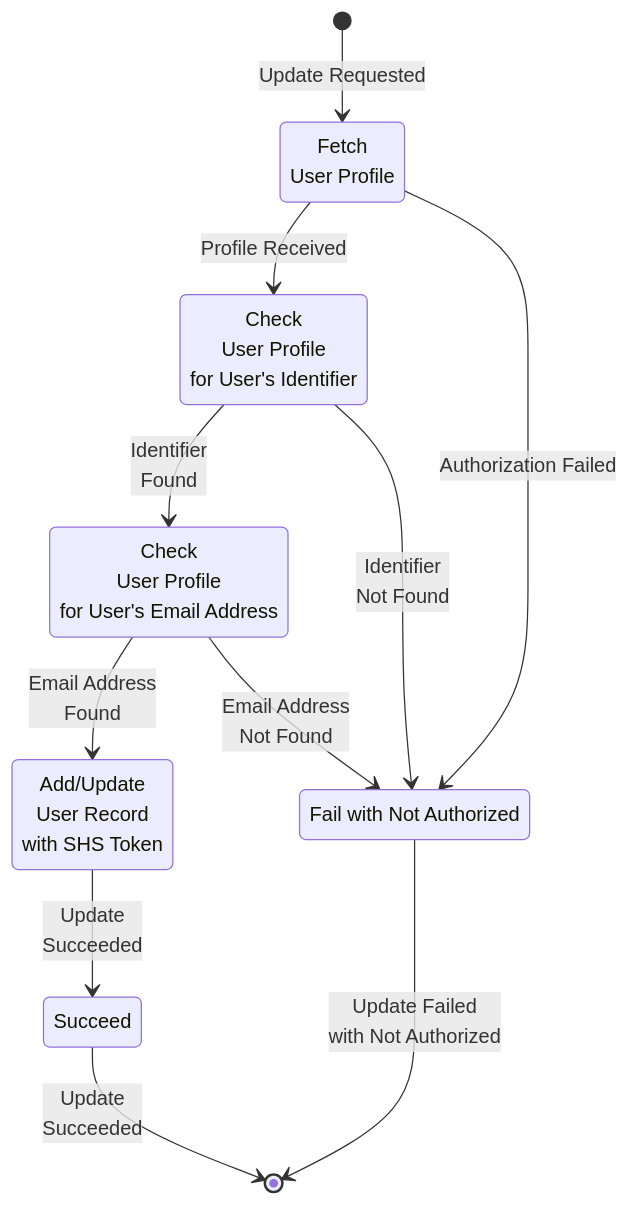
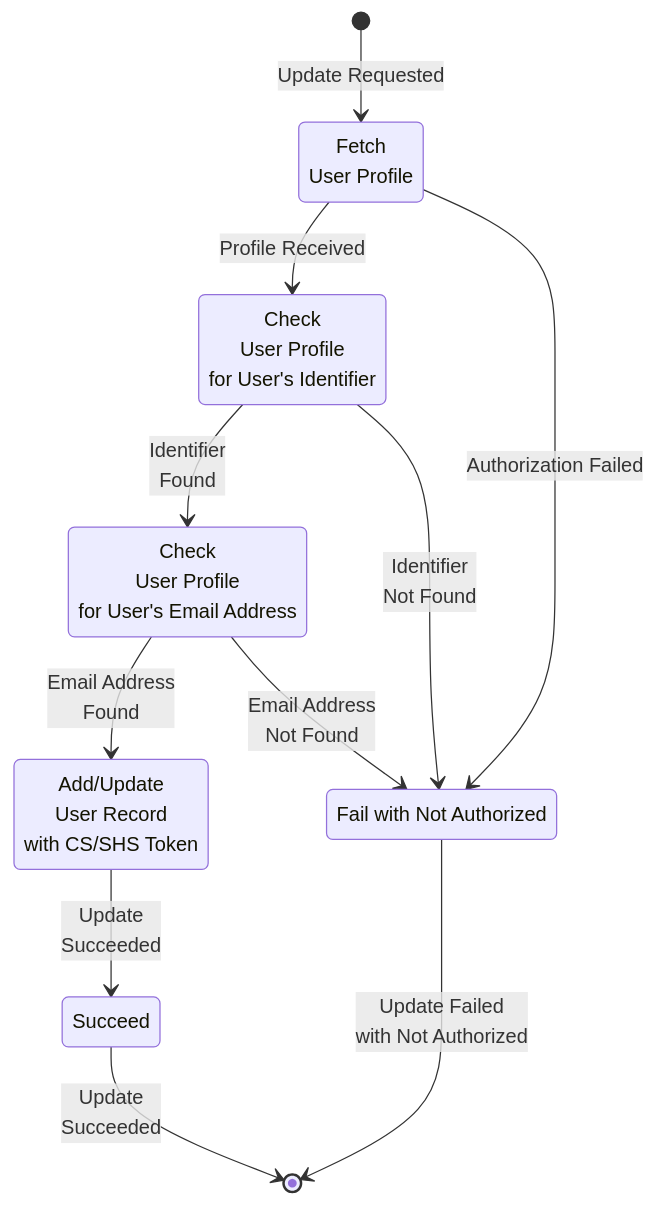
One commit to pebender/alexa-for-lg-webos-tv changed the second of 2 diagrams in docs.in/pages/design/skill.md. Above: the diagram before and after it, drawn with Mermaid. The commit also changed other lines of this file and 21 other files, not shown here.

Commit message:
Change skill to track user with user id rather than user email.

````diff
--- a/docs.in/pages/design/skill.md
+++ b/docs.in/pages/design/skill.md
@@ -137,22 +121,22 @@
 ```mermaid
 stateDiagram-v2
     fetchUserProfile: Fetch<br>User Profile
     checkUserProfileForUserId: Check<br>User Profile<br>for User's Identifier
     checkUserProfileForUserEmail: Check<br>User Profile<br>for User's Email Address
-    updateUserRecordSkillToken: Add/Update<br>User Record<br>with SHS Token
+    updateUserRecordSkillToken: Add/Update<br>User Record<br>with CS/SHS Token
     succeed: Succeed
     failAuthorization: Fail with Not Authorized
 
     [*] --> fetchUserProfile: Update Requested
     fetchUserProfile --> checkUserProfileForUserId: Profile Received
     checkUserProfileForUserId --> checkUserProfileForUserEmail: Identifier<br>Found
     checkUserProfileForUserEmail --> updateUserRecordSkillToken: Email Address<br>Found
     updateUserRecordSkillToken --> succeed: Update<br>Succeeded
     succeed --> [*]: Update <br>Succeeded
 
     fetchUserProfile --> failAuthorization: Authorization Failed
     checkUserProfileForUserId --> failAuthorization: Identifier<br>Not Found
     checkUserProfileForUserEmail --> failAuthorization: Email Address<br>Not Found
 
     failAuthorization --> [*]: Update Failed<br>with Not Authorized
 ```
````
